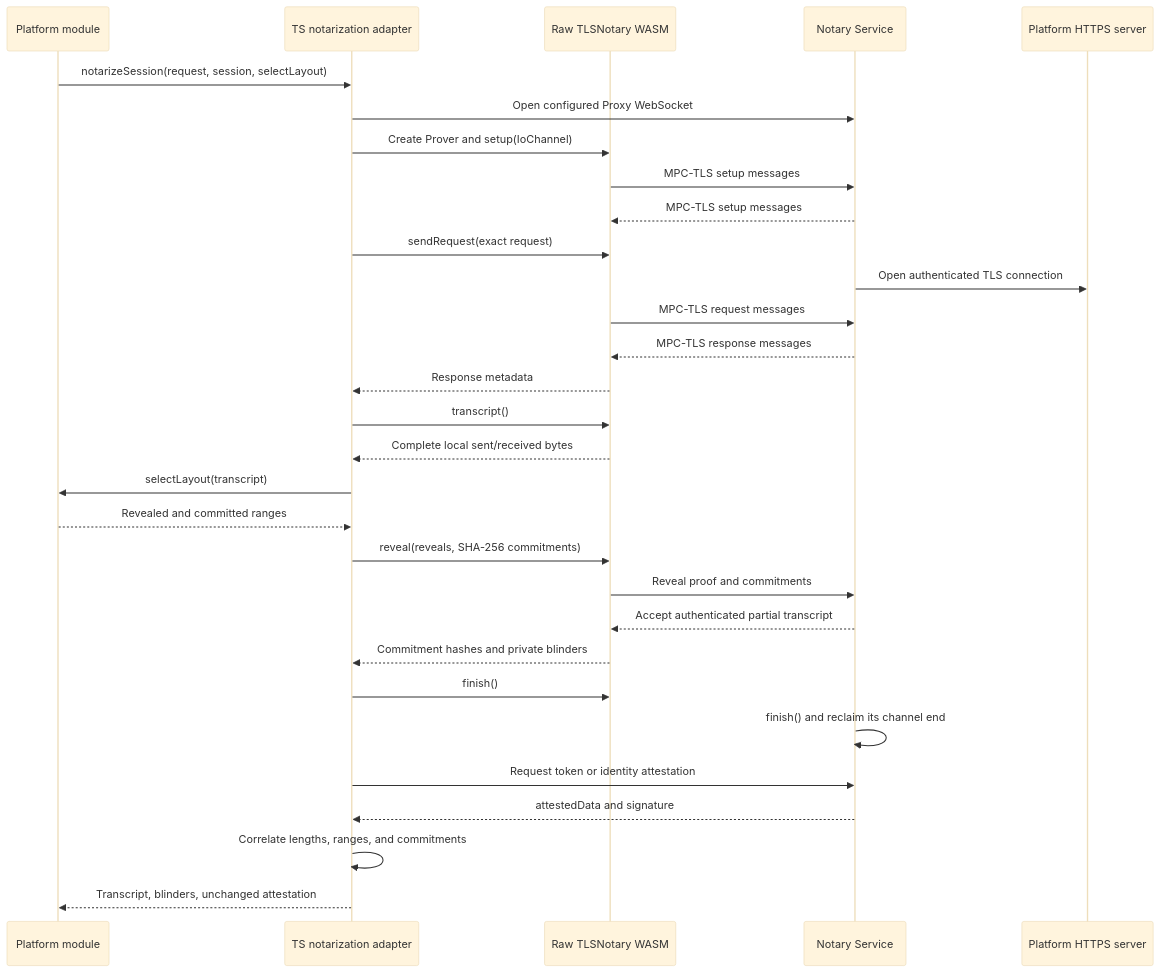
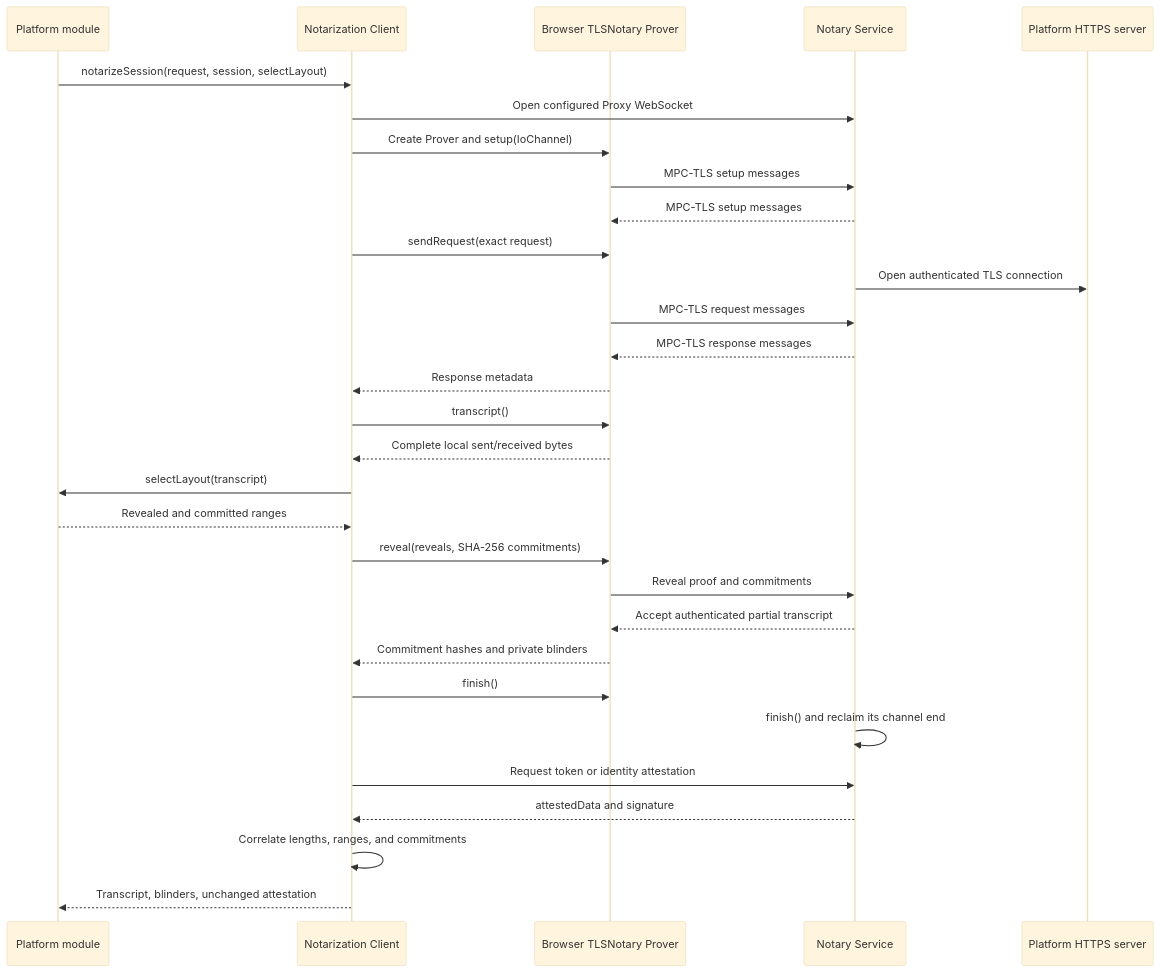
Before and after one commit to libid-org/libid: the diagram in ts/packages/ceremony/NOTARIZATION.md, drawn with Mermaid (base theme). The commit also changed other lines of this file and 3 other files, not shown here.

````diff
--- a/ts/packages/ceremony/NOTARIZATION.md
+++ b/ts/packages/ceremony/NOTARIZATION.md
@@ -120,33 +122,33 @@
 ```mermaid
 sequenceDiagram
     participant M as Platform module
-    participant T as TS notarization adapter
-    participant W as Raw TLSNotary WASM
+    participant T as Notarization Client
+    participant W as Browser TLSNotary Prover
     participant N as Notary Service
     participant P as Platform HTTPS server
 
     M->>T: notarizeSession(request, session, selectLayout)
     T->>N: Open configured Proxy WebSocket
     T->>W: Create Prover and setup(IoChannel)
     W->>N: MPC-TLS setup messages
     N-->>W: MPC-TLS setup messages
     T->>W: sendRequest(exact request)
     N->>P: Open authenticated TLS connection
     W->>N: MPC-TLS request messages
     N-->>W: MPC-TLS response messages
     W-->>T: Response metadata
     T->>W: transcript()
     W-->>T: Complete local sent/received bytes
     T->>M: selectLayout(transcript)
     M-->>T: Revealed and committed ranges
     T->>W: reveal(reveals, SHA-256 commitments)
     W->>N: Reveal proof and commitments
     N-->>W: Accept authenticated partial transcript
     W-->>T: Commitment hashes and private blinders
     T->>W: finish()
     N->>N: finish() and reclaim its channel end
     T->>N: Request token or identity attestation
     N-->>T: attestedData and signature
     T->>T: Correlate lengths, ranges, and commitments
     T-->>M: Transcript, blinders, unchanged attestation
 ```
````
